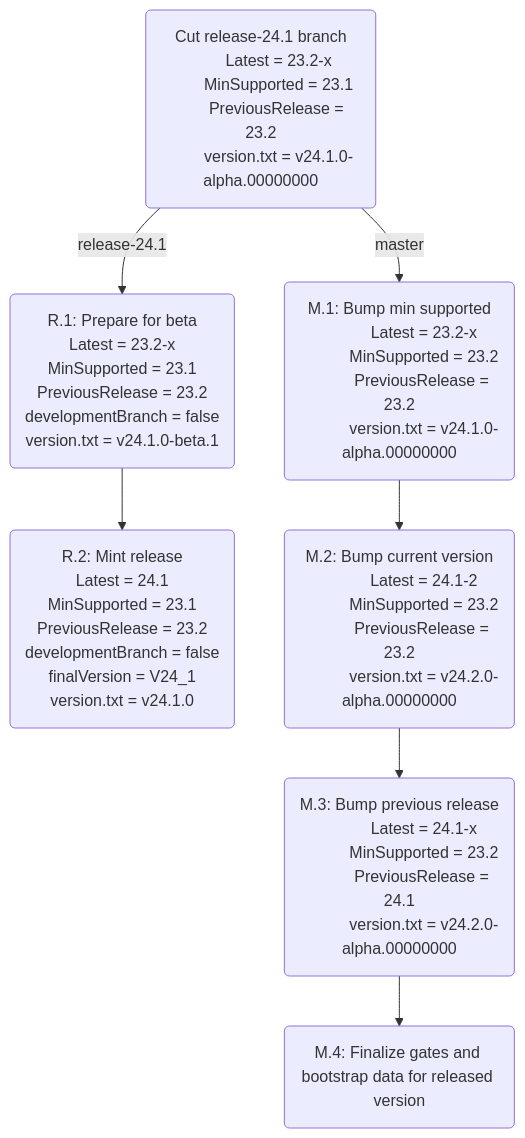
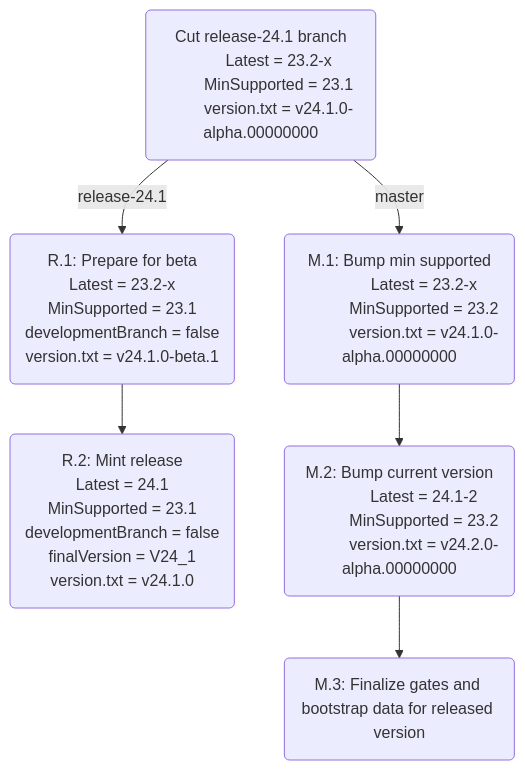
One commit to cockroachdb/cockroach changed the diagram in pkg/clusterversion/README.md. Above: the diagram before and after it, drawn with Mermaid. The commit also changed other lines of this file, not shown here.

First line of the commit message:
clusterversion: README.md: remove previous version step

````diff
--- a/pkg/clusterversion/README.md
+++ b/pkg/clusterversion/README.md
@@ -19,56 +19,43 @@
 ```mermaid
 graph TD;
   base("Cut release-24.1 branch
         Latest = 23.2-x
         MinSupported = 23.1
-        PreviousRelease = 23.2
         version.txt = v24.1.0-alpha.00000000")
     
   base -- release-24.1 --> rel1
   
   rel1("R.1: Prepare for beta
         Latest = 23.2-x
         MinSupported = 23.1
-        PreviousRelease = 23.2
         developmentBranch = false
         version.txt = v24.1.0-beta.1")
   
   rel1 --> rel2
   
   rel2("R.2: Mint release
         Latest = 24.1
         MinSupported = 23.1
-        PreviousRelease = 23.2
         developmentBranch = false
         finalVersion = V24_1
         version.txt = v24.1.0")
 
 
   base -- master --> master1
   
   master1("M.1: Bump min supported
            Latest = 23.2-x
            MinSupported = 23.2
-           PreviousRelease = 23.2
            version.txt = v24.1.0-alpha.00000000")
             
   master1 --> master2
     
   master2("M.2: Bump current version
            Latest = 24.1-2
            MinSupported = 23.2
-           PreviousRelease = 23.2
            version.txt = v24.2.0-alpha.00000000")
             
   master2 --> master3
             
-  master3("M.3: Bump previous release
-           Latest = 24.1-x
-           MinSupported = 23.2
-           PreviousRelease = 24.1
-           version.txt = v24.2.0-alpha.00000000")
-            
-  master3 --> master4
-
-  master4(M.4: Finalize gates and bootstrap data for released version)
+  master3(M.3: Finalize gates and bootstrap data for released version)
 ```
````
